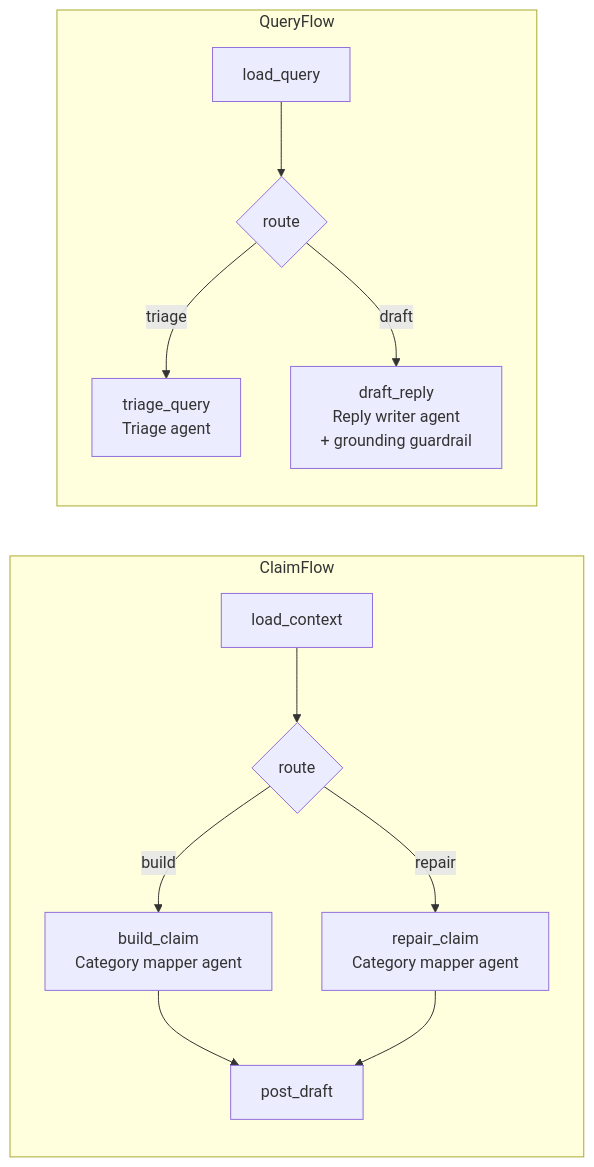
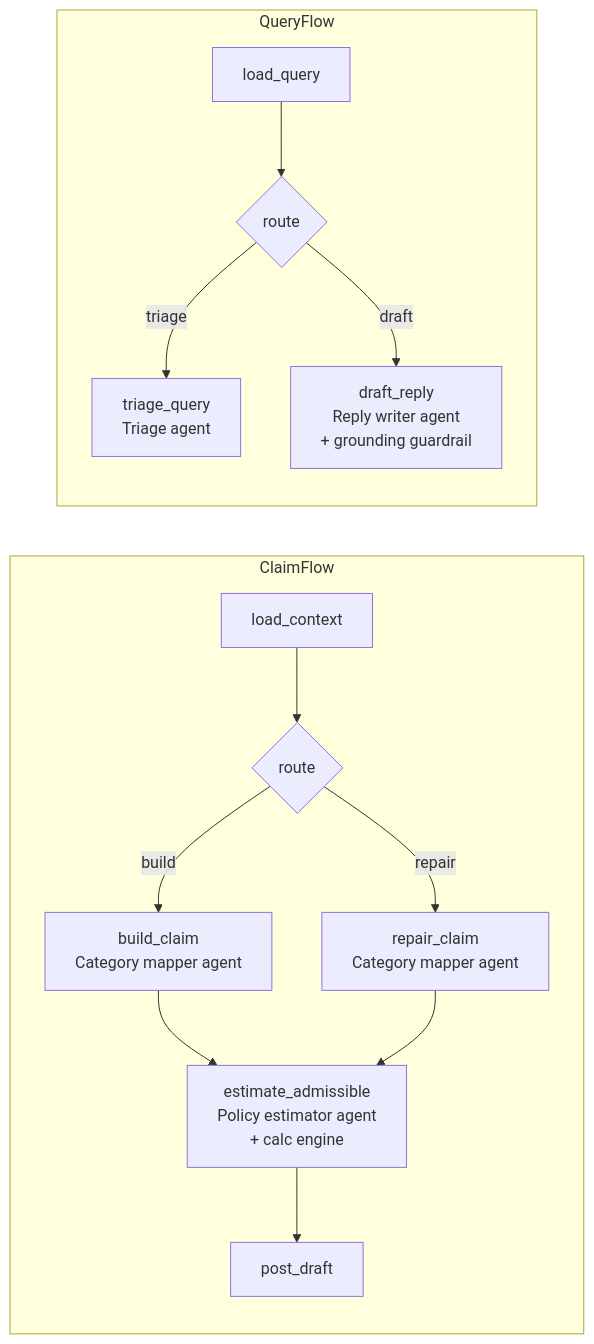
Before and after one commit to Multi-Agent-MediClaim-Orchestrator/Sohail-Ahmed: the diagram in hospital/crew/README.md, drawn with Mermaid. The commit also changed other lines of this file and 37 other files, not shown here.

First line of the commit message:
Step 4: hospital admissible-amount estimate (Policy Estimate step)

````diff
--- a/hospital/crew/README.md
+++ b/hospital/crew/README.md
@@ -16,15 +16,16 @@
 ```mermaid
 flowchart LR
   subgraph ClaimFlow
     A[load_context] --> R{route}
     R -- build --> B[build_claim<br/>Category mapper agent]
     R -- repair --> C[repair_claim<br/>Category mapper agent]
-    B --> P[post_draft]
-    C --> P
+    B --> E[estimate_admissible<br/>Policy estimator agent<br/>+ calc engine]
+    C --> E
+    E --> P[post_draft]
   end
   subgraph QueryFlow
     Q[load_query] --> S{route}
     S -- triage --> T[triage_query<br/>Triage agent]
     S -- draft --> D[draft_reply<br/>Reply writer agent<br/>+ grounding guardrail]
   end
 ```
````
